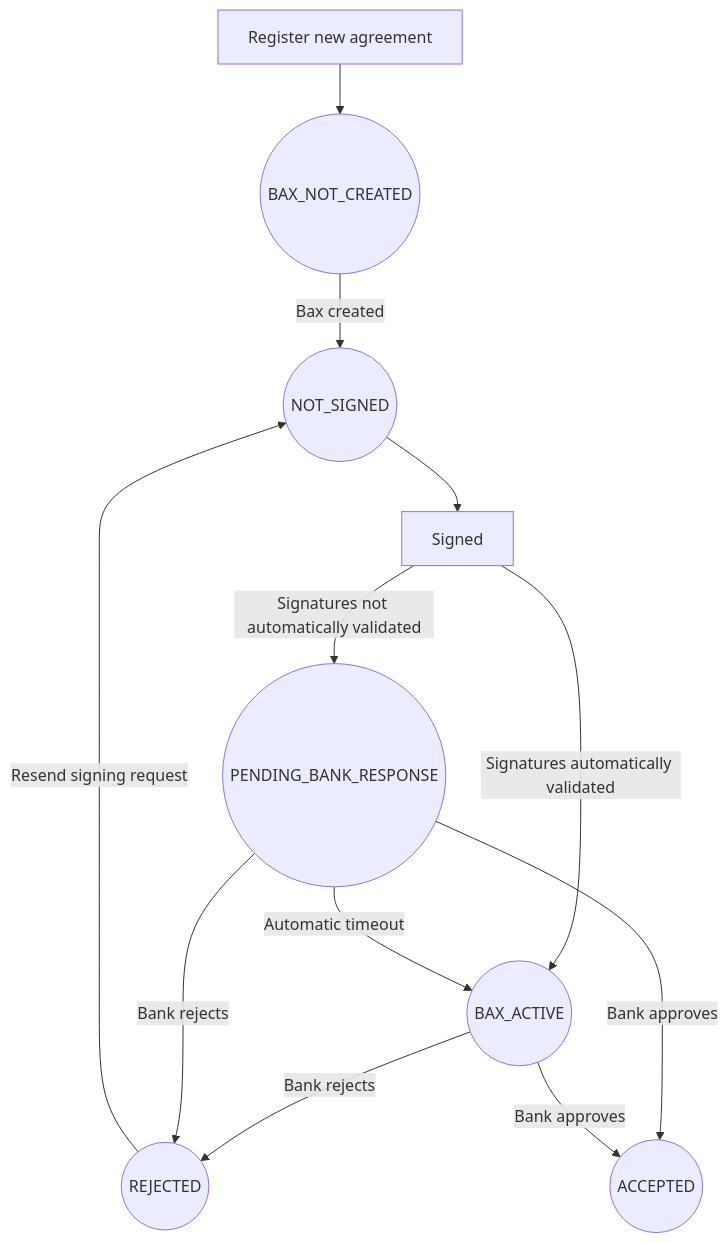
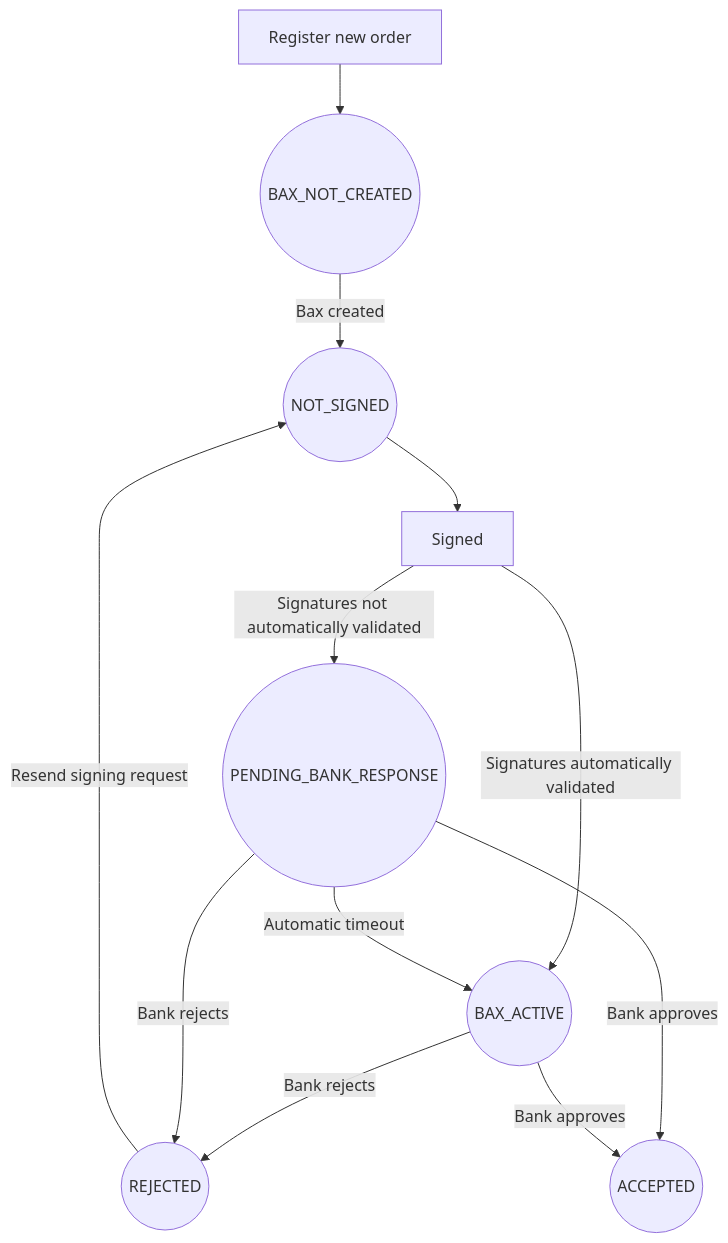
The diagram in docs/getting_started.md (BankAxept/bankaxept-onboarding-external-documentation), drawn with Mermaid before and after one commit. The commit also changed other lines of this file and 3 other files, not shown here.

````diff
--- a/docs/getting_started.md
+++ b/docs/getting_started.md
@@ -50,14 +50,14 @@
 ```mermaid
 graph TD
-    A[Register new agreement] --> B((BAX_NOT_CREATED))
+    A[Register new order] --> B((BAX_NOT_CREATED))
     B -->|Bax created| C((NOT_SIGNED))
     C --> H[Signed]
     H -->|Signatures not automatically validated| D((PENDING_BANK_RESPONSE))
     H -->|Signatures automatically validated| E((BAX_ACTIVE))
     E -->|Bank rejects| F((REJECTED))
     D -->|Bank rejects| F((REJECTED))
     D -->|Bank approves| G((ACCEPTED))
     D -->|Automatic timeout| E((BAX_ACTIVE))
     E -->|Bank approves| G((ACCEPTED))
     F -->|Resend signing request| C((NOT_SIGNED))
 ```
````
